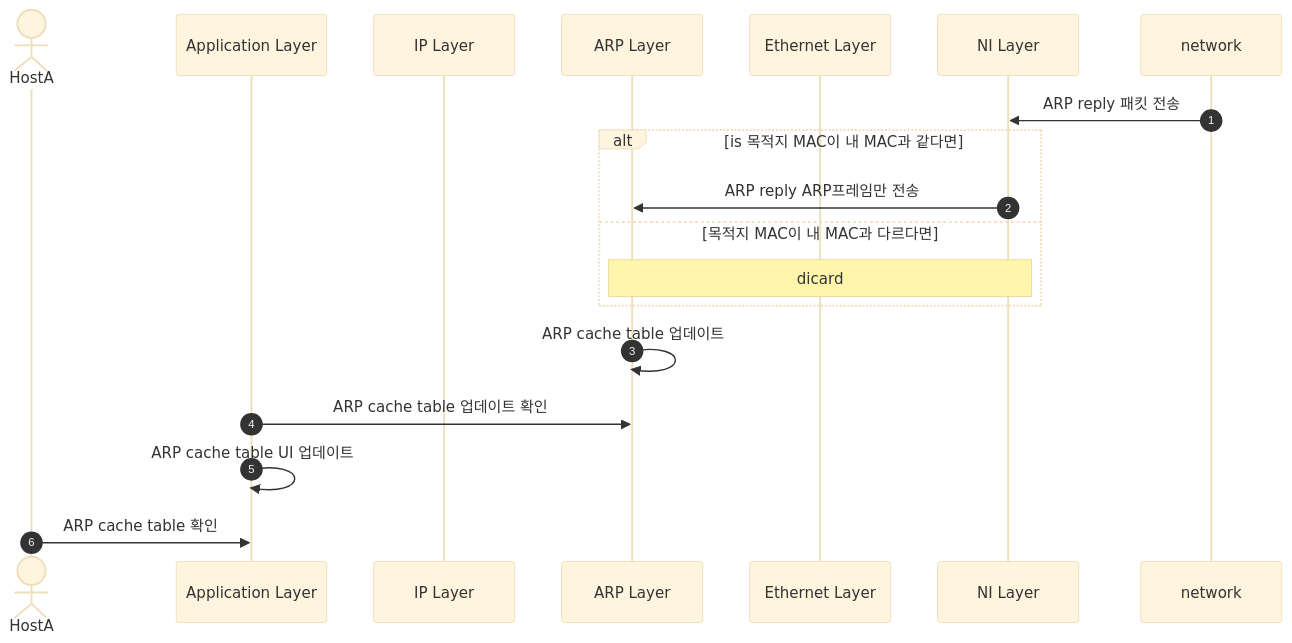
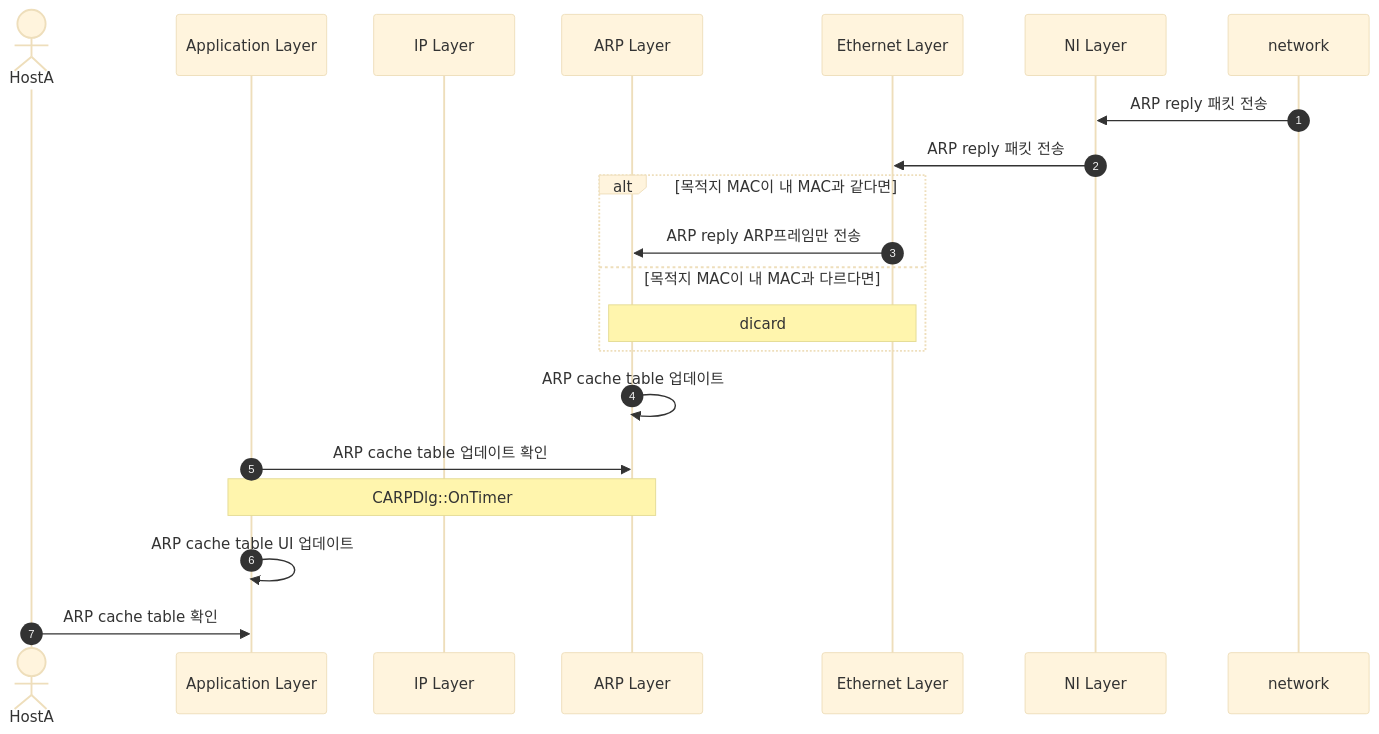
One commit to troymerai/2023CN_ARPWithMFC changed the fourth of 4 diagrams in ARP_final/README.md. Above: the diagram before and after it, drawn with Mermaid (base theme).

````diff
--- a/ARP_final/README.md
+++ b/ARP_final/README.md
@@ -143,22 +143,24 @@
 ```mermaid
 sequenceDiagram
 	autonumber
 	actor A as HostA
 	participant C as Application Layer
 	participant D as IP Layer
 	participant E as ARP Layer
 	participant F as Ethernet Layer
 	participant G as NI Layer
 	participant H as network
 
 	H->>G: ARP reply 패킷 전송
-	alt is 목적지 MAC이 내 MAC과 같다면
-		G->>E: ARP reply ARP프레임만 전송
+	G->>F: ARP reply 패킷 전송
+	alt 목적지 MAC이 내 MAC과 같다면
+		F->>E: ARP reply ARP프레임만 전송
 	else 목적지 MAC이 내 MAC과 다르다면
-		Note over G,E: dicard
+		Note over F,E: dicard
 	end
 	E->>E: ARP cache table 업데이트
 	C->>E: ARP cache table 업데이트 확인
+	Note over C,E: CARPDlg::OnTimer
 	C->>C: ARP cache table UI 업데이트
 	A->>C: ARP cache table 확인
 ```
````
